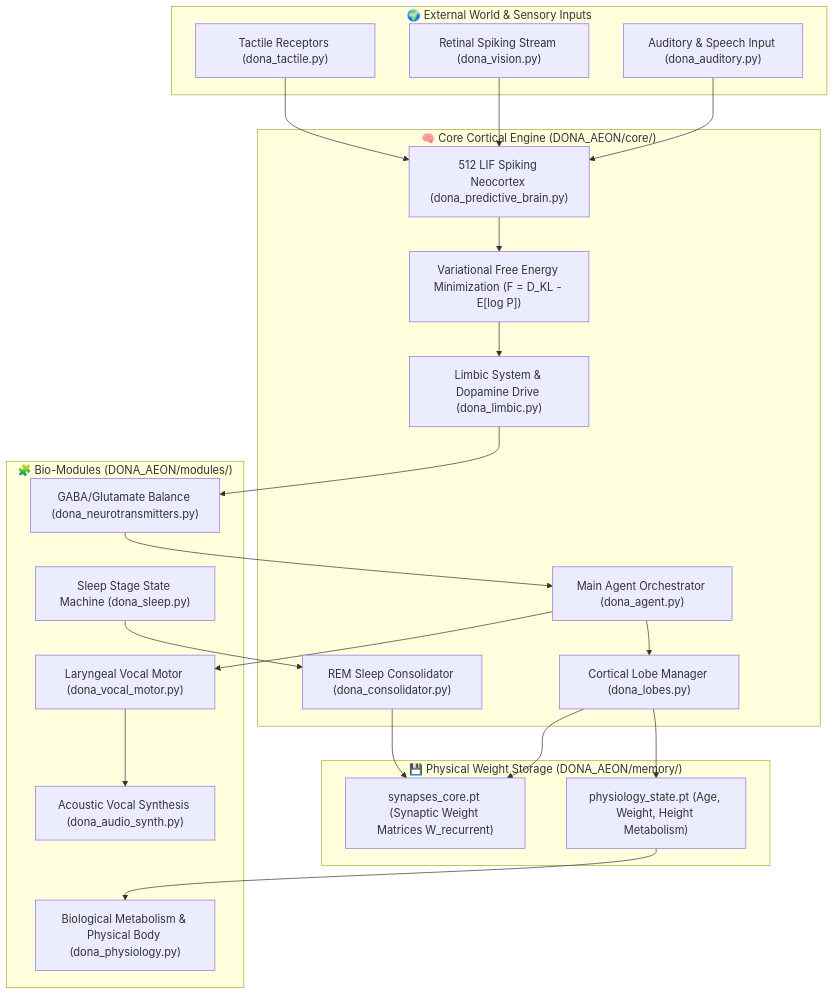
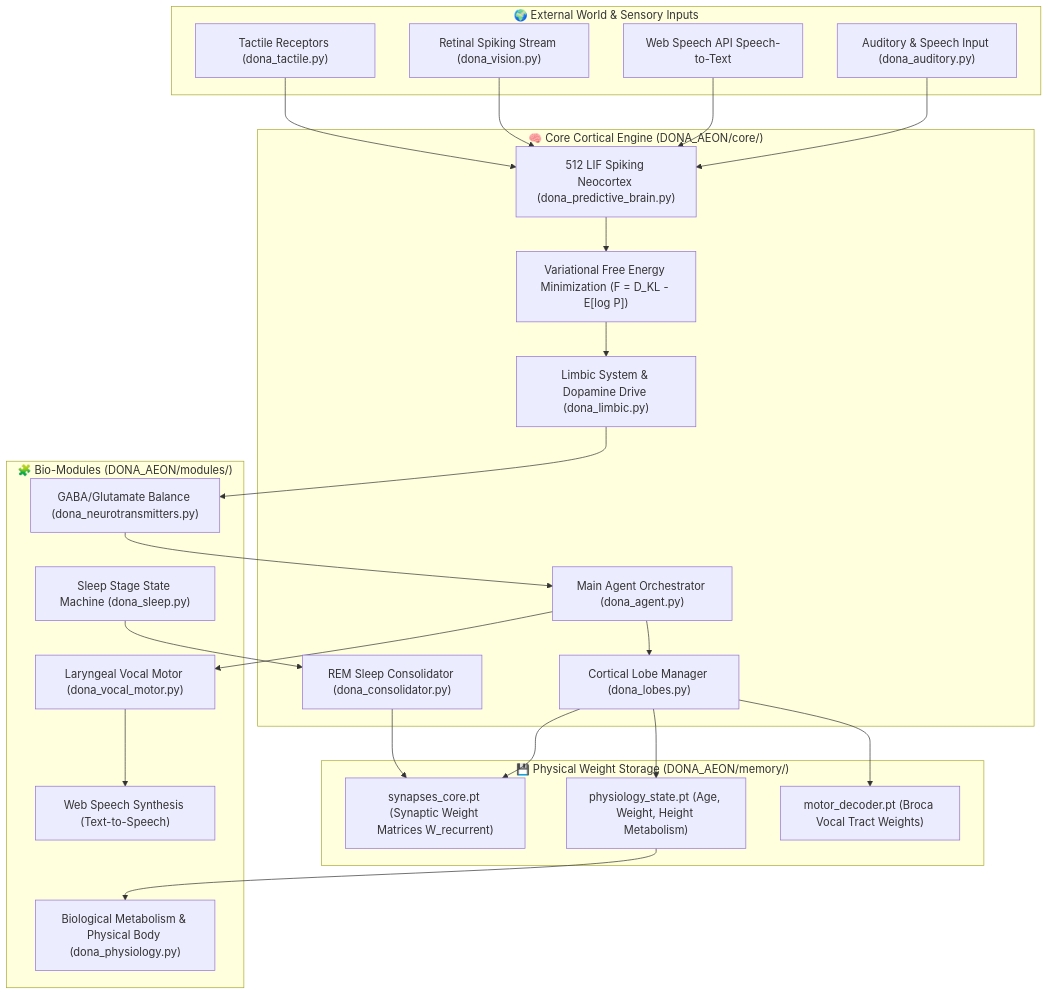
One commit to dobby-aidev/dona-aeon-showcase changed the diagram in README.md. Above: the diagram before and after it, drawn with Mermaid. The commit also changed other lines of this file, not shown here.

````diff
--- a/README.md
+++ b/README.md
@@ -40,46 +41,50 @@
 ```mermaid
 flowchart TD
     subgraph Environment ["🌍 External World & Sensory Inputs"]
         Auditory["Auditory & Speech Input (dona_auditory.py)"]
         Vision["Retinal Spiking Stream (dona_vision.py)"]
         Tactile["Tactile Receptors (dona_tactile.py)"]
+        SpeechIn["Web Speech API Speech-to-Text"]
     end
 
     subgraph CoreCortex ["🧠 Core Cortical Engine (DONA_AEON/core/)"]
         Agent["Main Agent Orchestrator (dona_agent.py)"]
         Neocortex["512 LIF Spiking Neocortex (dona_predictive_brain.py)"]
         FEP["Variational Free Energy Minimization (F = D_KL - E[log P])"]
         Limbic["Limbic System & Dopamine Drive (dona_limbic.py)"]
         Lobes["Cortical Lobe Manager (dona_lobes.py)"]
         Consolidator["REM Sleep Consolidator (dona_consolidator.py)"]
     end
 
     subgraph SensoryModules ["🧩 Bio-Modules (DONA_AEON/modules/)"]
         Physiology["Biological Metabolism & Physical Body (dona_physiology.py)"]
         Sleep["Sleep Stage State Machine (dona_sleep.py)"]
         Vocal["Laryngeal Vocal Motor (dona_vocal_motor.py)"]
         Neuro["GABA/Glutamate Balance (dona_neurotransmitters.py)"]
-        Synth["Acoustic Vocal Synthesis (dona_audio_synth.py)"]
+        Synth["Web Speech Synthesis (Text-to-Speech)"]
     end
 
     subgraph MemoryStorage ["💾 Physical Weight Storage (DONA_AEON/memory/)"]
         Synapses["synapses_core.pt (Synaptic Weight Matrices W_recurrent)"]
         PhysState["physiology_state.pt (Age, Weight, Height Metabolism)"]
+        DecoderState["motor_decoder.pt (Broca Vocal Tract Weights)"]
     end
 
     Auditory --> Neocortex
+    SpeechIn --> Neocortex
     Vision --> Neocortex
     Tactile --> Neocortex
     Neocortex --> FEP
     FEP --> Limbic
     Limbic --> Neuro
     Neuro --> Agent
     Agent --> Lobes
     Lobes --> Synapses
     Lobes --> PhysState
+    Lobes --> DecoderState
     PhysState --> Physiology
     Sleep --> Consolidator
     Consolidator --> Synapses
     Agent --> Vocal
     Vocal --> Synth
 ```
````
